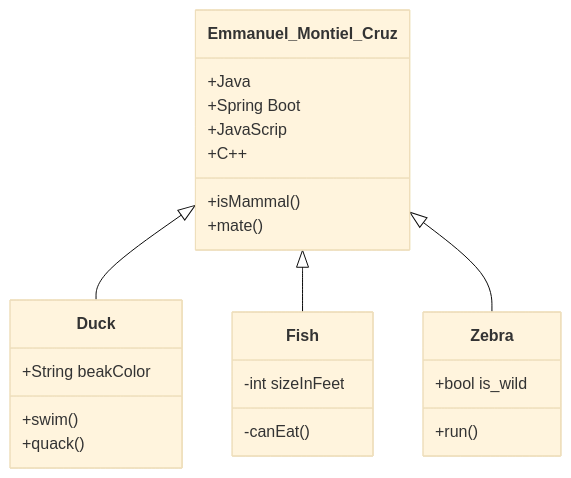
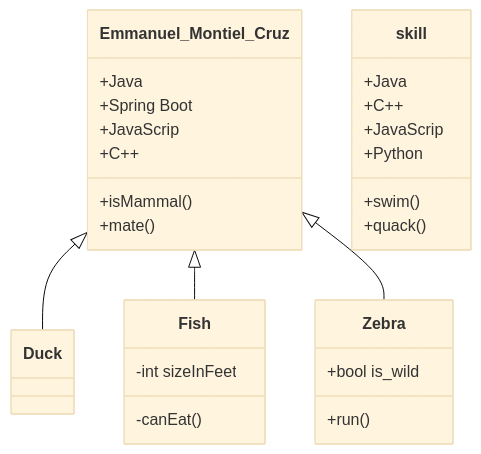
Before and after one commit to acmerev/acmerev: the first of 2 diagrams in index.md, drawn with Mermaid (base theme).

````diff
--- a/index.md
+++ b/index.md
@@ -44,25 +44,28 @@
 ```mermaid
   classDiagram
     Emmanuel_Montiel_Cruz <|-- Duck
     Emmanuel_Montiel_Cruz <|-- Fish
     Emmanuel_Montiel_Cruz <|-- Zebra
     Emmanuel_Montiel_Cruz : +Java
     Emmanuel_Montiel_Cruz : +Spring Boot
     Emmanuel_Montiel_Cruz : +JavaScrip
     Emmanuel_Montiel_Cruz : +C++
     Emmanuel_Montiel_Cruz: +isMammal()
     Emmanuel_Montiel_Cruz: +mate()
-    class Duck{
-        +String beakColor
+    class skill{
+        +Java
+        +C++
+        +JavaScrip
+        +Python
         +swim()
         +quack()
     }
     class Fish{
         -int sizeInFeet
         -canEat()
     }
     class Zebra{
         +bool is_wild
         +run()
     }
 ```
````
